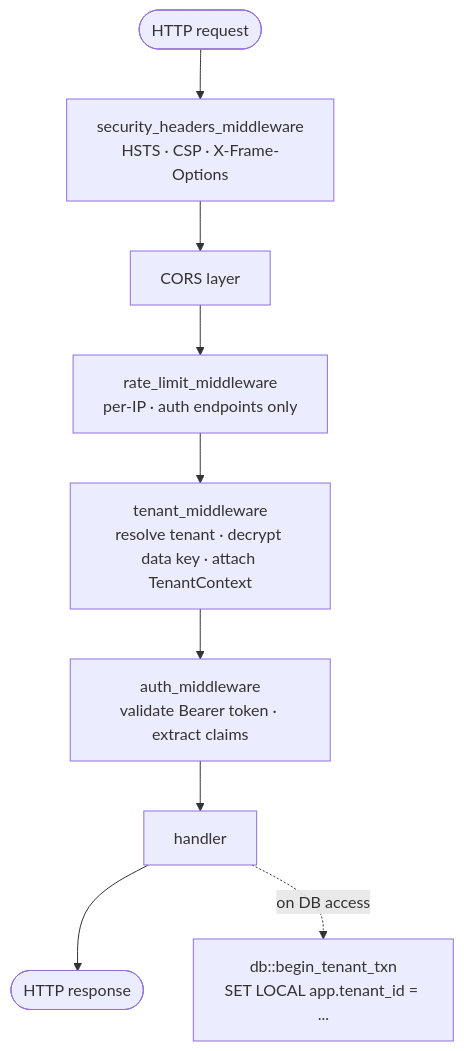
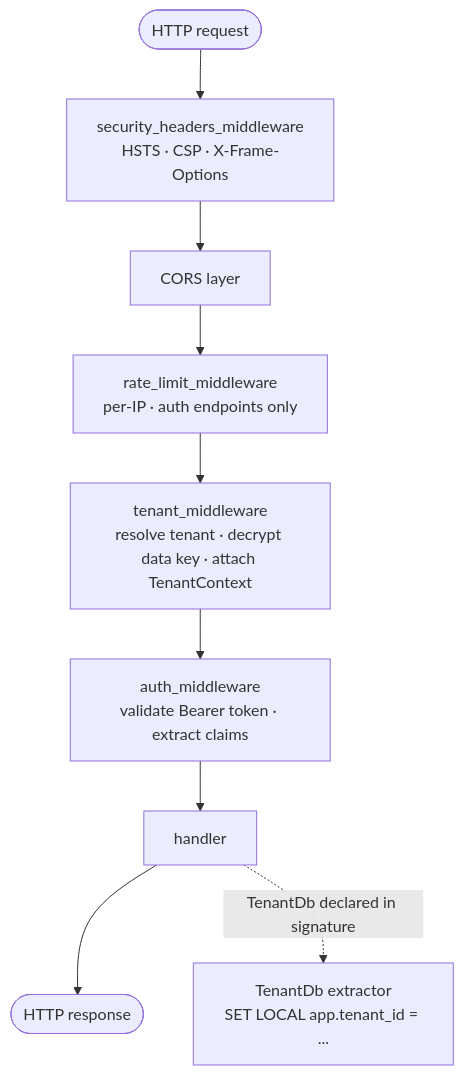
One commit to Shrpp/ovlt changed the fourth of 4 diagrams in docs/architecture.md. Above: the diagram before and after it, drawn with Mermaid. The commit also changed other lines of this file and 10 other files, not shown here.

Commit message:
feat: add TenantDb extractor for compile-time RLS enforcement on user-facing handlers

````diff
--- a/docs/architecture.md
+++ b/docs/architecture.md
@@ -113,15 +113,15 @@
 ```mermaid
 flowchart TD
     REQ(["HTTP request"])
     SEC["security_headers_middleware\nHSTS · CSP · X-Frame-Options"]
     CORS["CORS layer"]
     RATE["rate_limit_middleware\nper-IP · auth endpoints only"]
     TENANT["tenant_middleware\nresolve tenant · decrypt data key · attach TenantContext"]
     AUTH["auth_middleware\nvalidate Bearer token · extract claims"]
     HANDLER["handler"]
-    TXN["db::begin_tenant_txn\nSET LOCAL app.tenant_id = ..."]
+    TXN["TenantDb extractor\nSET LOCAL app.tenant_id = ..."]
     RES(["HTTP response"])
 
     REQ --> SEC --> CORS --> RATE --> TENANT --> AUTH --> HANDLER --> RES
-    HANDLER -.->|"on DB access"| TXN
+    HANDLER -.->|"TenantDb declared in signature"| TXN
 ```
````
